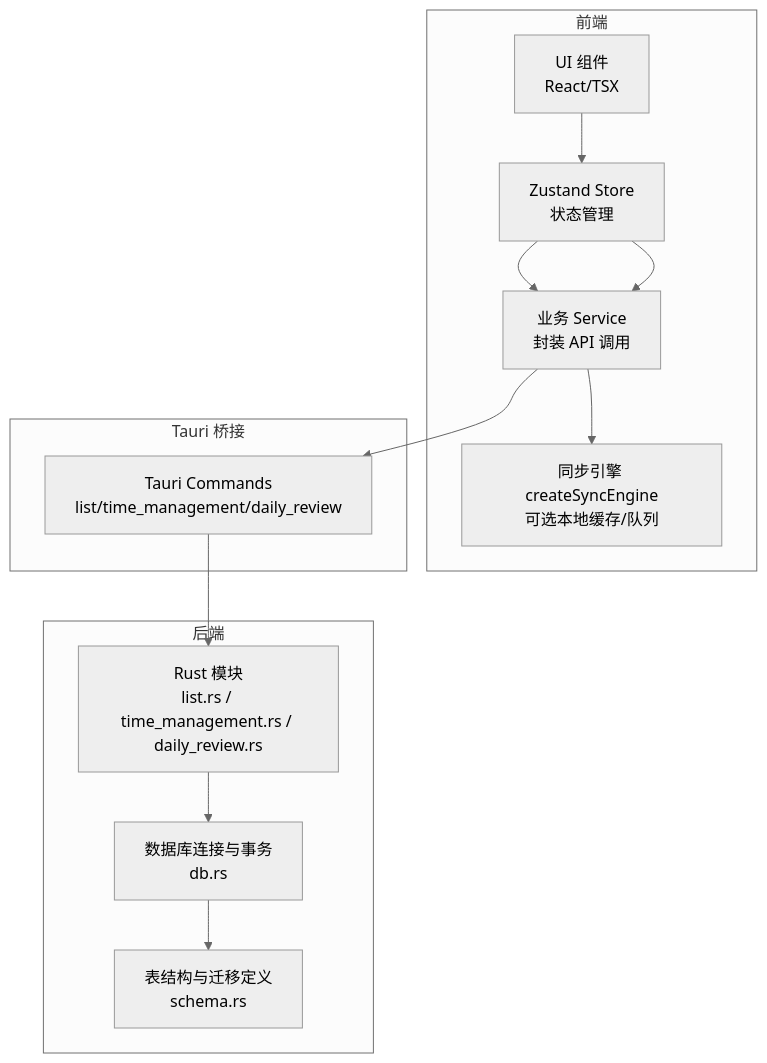
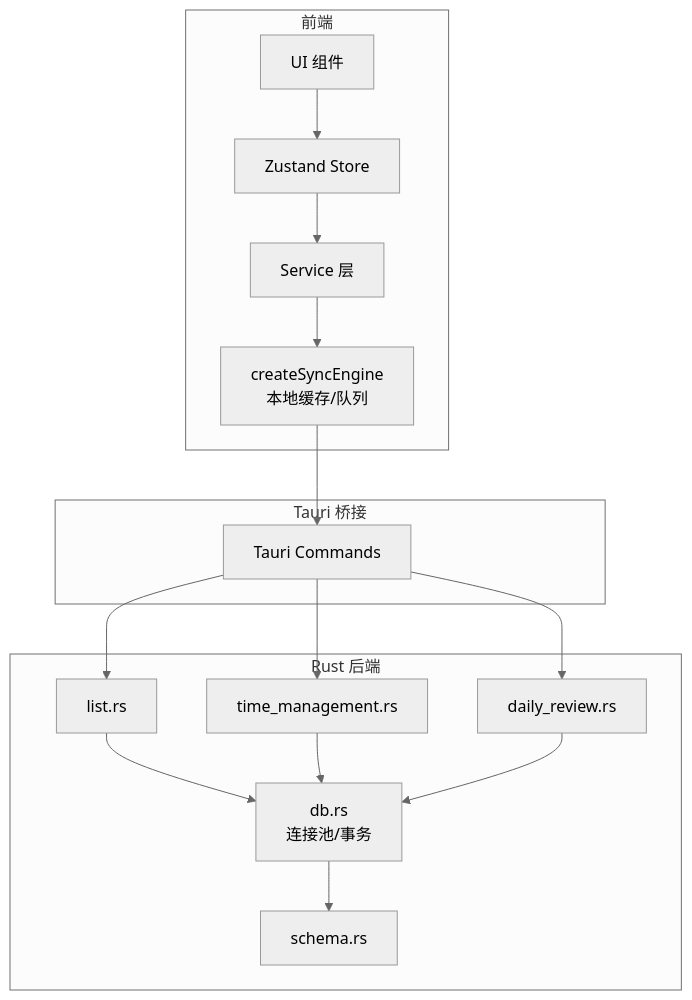
One commit to gzdxhujiale/FishWorker changed the first of 6 diagrams in .qoder/repowiki/zh/content/架构设计/数据流设计.md. Above: the diagram before and after it, drawn with Mermaid (neutral theme). The commit also changed other lines of this file and 238 other files, not shown here.

````diff
--- a/.qoder/repowiki/zh/content/架构设计/数据流设计.md
+++ b/.qoder/repowiki/zh/content/架构设计/数据流设计.md
@@ -41,21 +49,26 @@
 ```mermaid
 graph TB
 subgraph "前端"
-UI["UI 组件<br/>React/TSX"] --> STORE["Zustand Store<br/>状态管理"]
-STORE --> SVC["业务 Service<br/>封装 API 调用"]
-SVC --> SYNC["同步引擎 createSyncEngine<br/>可选本地缓存/队列"]
+UI["UI 组件"] --> Store["Zustand Store"]
+Store --> Service["Service 层"]
+Service --> Sync["createSyncEngine<br/>本地缓存/队列"]
 end
 subgraph "Tauri 桥接"
-CMD["Tauri Commands<br/>list/time_management/daily_review"]
+Bridge["Tauri Commands"]
 end
-subgraph "后端"
-RUST["Rust 模块<br/>list.rs / time_management.rs / daily_review.rs"]
-DBM["数据库连接与事务<br/>db.rs"]
-SCHEMA["表结构与迁移定义<br/>schema.rs"]
+subgraph "Rust 后端"
+DBMod["db.rs<br/>连接池/事务"]
+ListMod["list.rs"]
+TimeMod["time_management.rs"]
+DailyMod["daily_review.rs"]
+Schema["schema.rs"]
 end
-STORE --> SVC
-SVC --> CMD
-CMD --> RUST
-RUST --> DBM
-DBM --> SCHEMA
+Sync --> Bridge
+Bridge --> ListMod
+Bridge --> TimeMod
+Bridge --> DailyMod
+ListMod --> DBMod
+TimeMod --> DBMod
+DailyMod --> DBMod
+DBMod --> Schema
 ```
````
